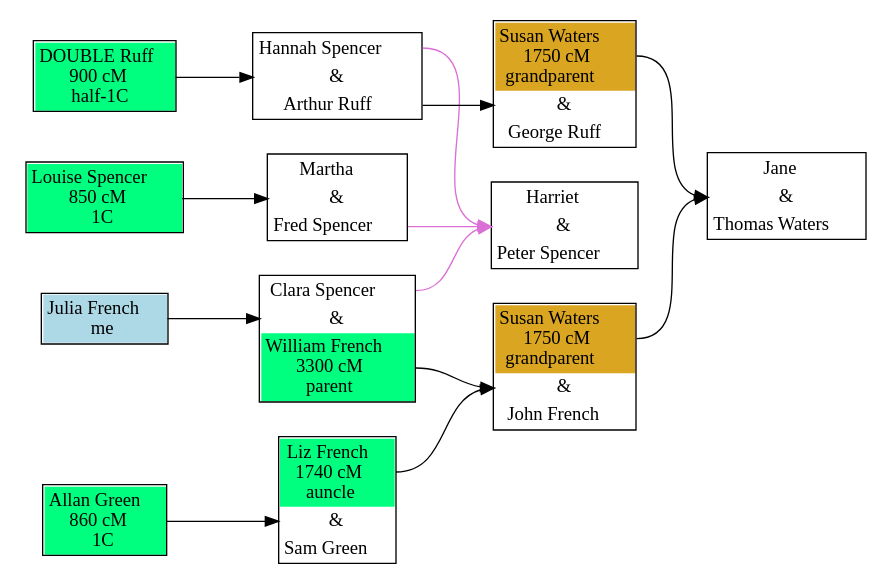
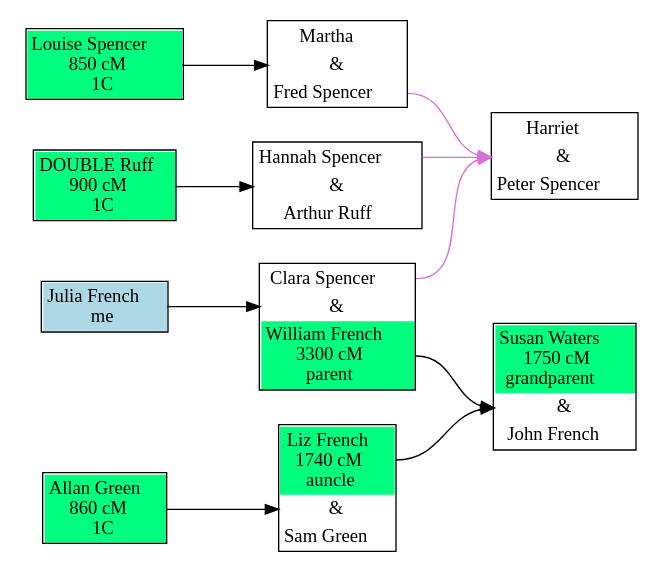
Before and after one commit to johnandrea/draw-dna-matches: the diagram in test-data/double-cousins.dot, drawn with Graphviz. The commit also changed 11 other files, not shown here.

```diff
--- a/test-data/double-cousins.dot
+++ b/test-data/double-cousins.dot
@@ -1,80 +1,65 @@
 digraph family {
 node [shape=plaintext];
 rankdir=LR;
 f2 [label=<
 <table cellpadding="3" border="1" cellspacing="0" cellborder="0">
-<tr><td port="w" bgcolor="goldenrod">Susan Waters<br/>1750 cM<br/>grandparent</td></tr>
+<tr><td port="w" bgcolor="springgreen">Susan Waters<br/>1750 cM<br/>grandparent</td></tr>
 <tr><td port="u">&amp;</td></tr>
 <tr><td port="h">John French</td></tr>
 </table>>];
 f3 [label=<
 <table cellpadding="3" border="1" cellspacing="0" cellborder="0">
 <tr><td port="w">Clara Spencer</td></tr>
 <tr><td port="u">&amp;</td></tr>
 <tr><td port="h" bgcolor="springgreen">William French<br/>3300 cM<br/>parent</td></tr>
 </table>>];
 f4 [label=<
 <table cellpadding="3" border="1" cellspacing="0" cellborder="0">
 <tr><td port="w" bgcolor="springgreen">Liz French<br/>1740 cM<br/>auncle</td></tr>
 <tr><td port="u">&amp;</td></tr>
 <tr><td port="h">Sam Green</td></tr>
 </table>>];
 f6 [label=<
 <table cellpadding="3" border="1" cellspacing="0" cellborder="0">
 <tr><td port="w">Harriet </td></tr>
 <tr><td port="u">&amp;</td></tr>
 <tr><td port="h">Peter Spencer</td></tr>
 </table>>];
 f7 [label=<
 <table cellpadding="3" border="1" cellspacing="0" cellborder="0">
 <tr><td port="w">Martha </td></tr>
 <tr><td port="u">&amp;</td></tr>
 <tr><td port="h">Fred Spencer</td></tr>
 </table>>];
-f5 [label=<
-<table cellpadding="3" border="1" cellspacing="0" cellborder="0">
-<tr><td port="w" bgcolor="goldenrod">Susan Waters<br/>1750 cM<br/>grandparent</td></tr>
-<tr><td port="u">&amp;</td></tr>
-<tr><td port="h">George Ruff</td></tr>
-</table>>];
 f8 [label=<
 <table cellpadding="3" border="1" cellspacing="0" cellborder="0">
 <tr><td port="w">Hannah Spencer</td></tr>
 <tr><td port="u">&amp;</td></tr>
 <tr><td port="h">Arthur Ruff</td></tr>
 </table>>];
-f1 [label=<
+i19 [label=<
 <table cellpadding="3" border="1" cellspacing="0" cellborder="0">
-<tr><td port="w">Jane </td></tr>
-<tr><td port="u">&amp;</td></tr>
-<tr><td port="h">Thomas Waters</td></tr>
+<tr><td port="i" bgcolor="springgreen">DOUBLE Ruff<br/>900 cM<br/>1C</td></tr>
 </table>>];
 i7 [label=<
 <table cellpadding="3" border="1" cellspacing="0" cellborder="0">
 <tr><td port="i" bgcolor="lightblue">Julia French<br/>me</td></tr>
-</table>>];
-i19 [label=<
-<table cellpadding="3" border="1" cellspacing="0" cellborder="0">
-<tr><td port="i" bgcolor="springgreen">DOUBLE Ruff<br/>900 cM<br/>half-1C</td></tr>
 </table>>];
 i10 [label=<
 <table cellpadding="3" border="1" cellspacing="0" cellborder="0">
 <tr><td port="i" bgcolor="springgreen">Allan Green<br/>860 cM<br/>1C</td></tr>
 </table>>];
 i18 [label=<
 <table cellpadding="3" border="1" cellspacing="0" cellborder="0">
 <tr><td port="i" bgcolor="springgreen">Louise Spencer<br/>850 cM<br/>1C</td></tr>
 </table>>];
-f2:w -> f1:u;
-f7:h -> f6:u [color=orchid];
+i19:i -> f8:u;
+i10:i -> f4:u;
+i18:i -> f7:u;
+f3:w -> f6:u [color=orchid];
+f4:w -> f2:u;
 f8:w -> f6:u [color=orchid];
 f3:h -> f2:u;
-f5:w -> f1:u;
-f8:h -> f5:u;
-i10:i -> f4:u;
-i19:i -> f8:u;
 i7:i -> f3:u;
-f4:w -> f2:u;
-i18:i -> f7:u;
-f3:w -> f6:u [color=orchid];
+f7:h -> f6:u [color=orchid];
 }
```
